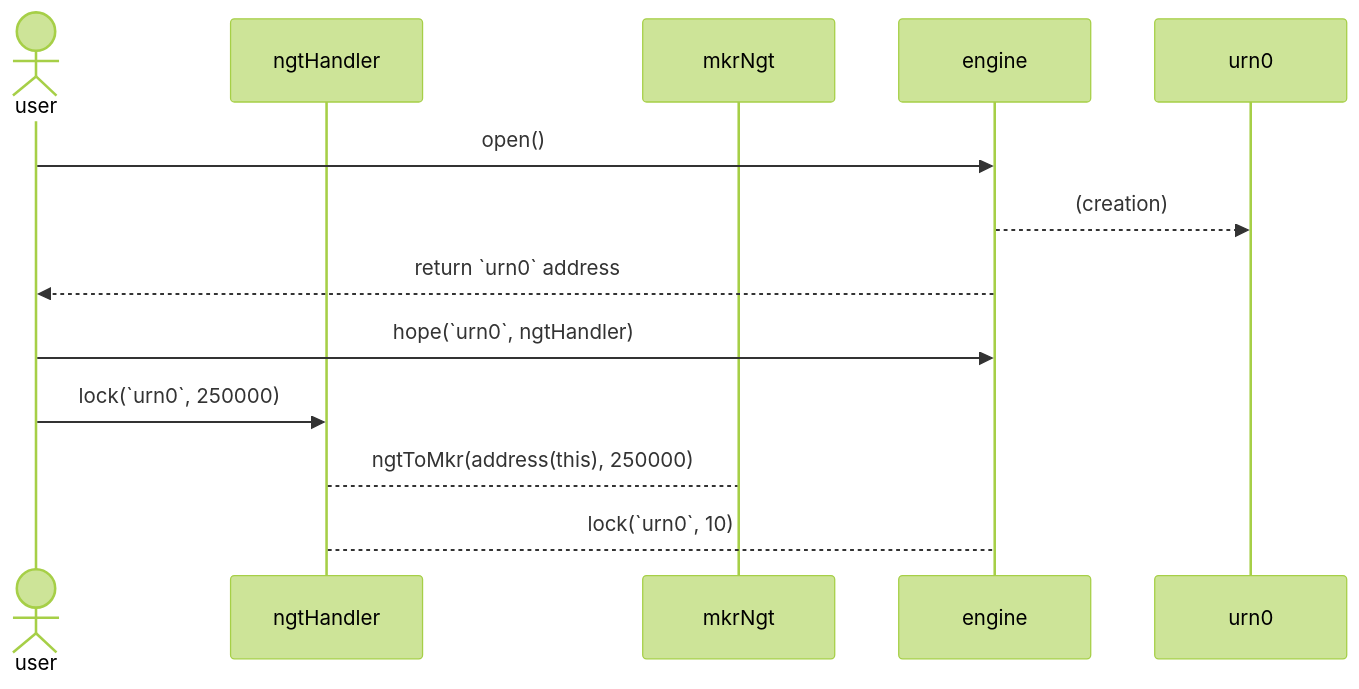
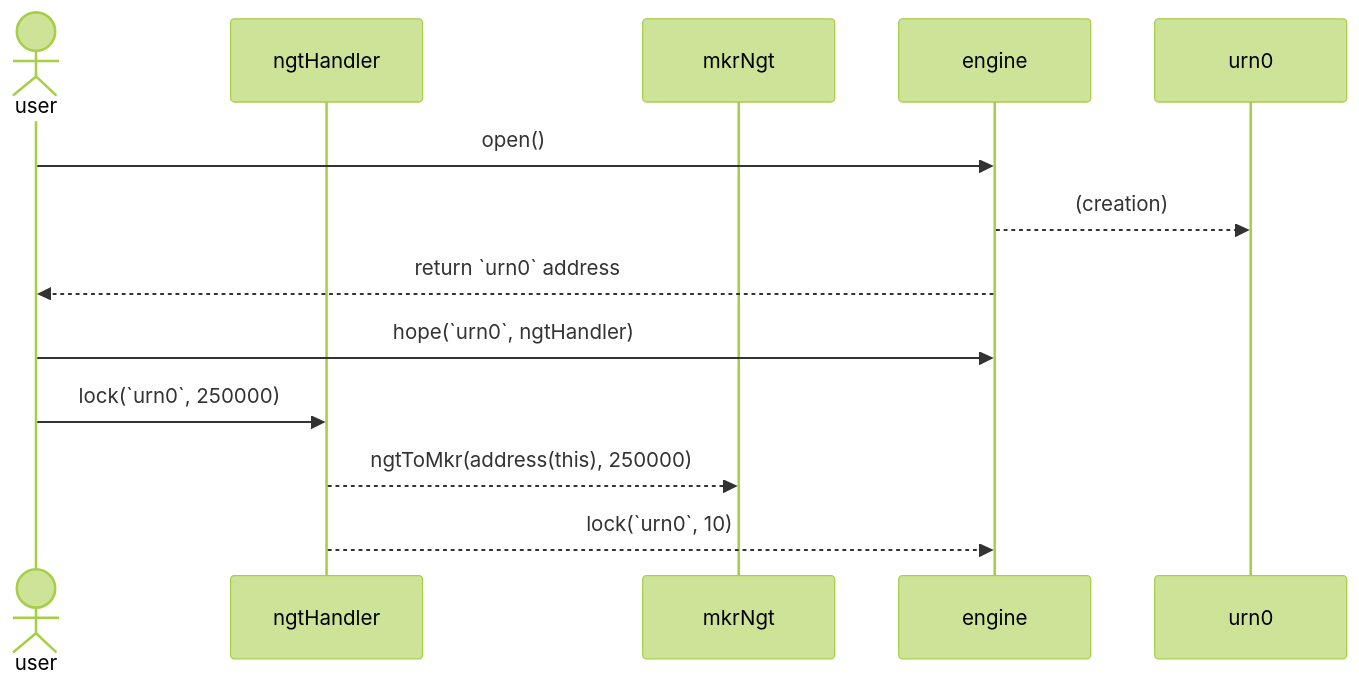
One commit to makerdao/lockstake changed the second of 2 diagrams in lockstake-overview.md. Above: the diagram before and after it, drawn with Mermaid (forest theme). The commit also changed other lines of this file, not shown here.

````diff
--- a/lockstake-overview.md
+++ b/lockstake-overview.md
@@ -139,18 +139,18 @@
 ```mermaid
 sequenceDiagram
 	Actor user
     participant ngtHandler
     participant mkrNgt
     participant engine
     participant urn0
     
     user->>engine: open()
     engine-->>urn0: (creation)
     engine-->>user: return `urn0` address
     
     user->>engine: hope(`urn0`, ngtHandler)      
     
     user->>ngtHandler: lock(`urn0`, 250000)   
-    ngtHandler-->mkrNgt: ngtToMkr(address(this), 250000)
-    ngtHandler-->engine: lock(`urn0`, 10)
+    ngtHandler-->>mkrNgt: ngtToMkr(address(this), 250000)
+    ngtHandler-->>engine: lock(`urn0`, 10)
 ```
````
